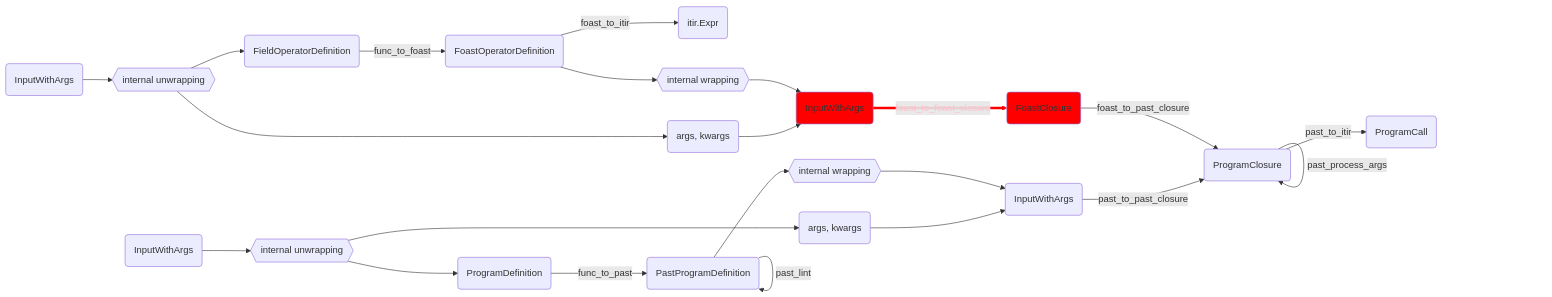
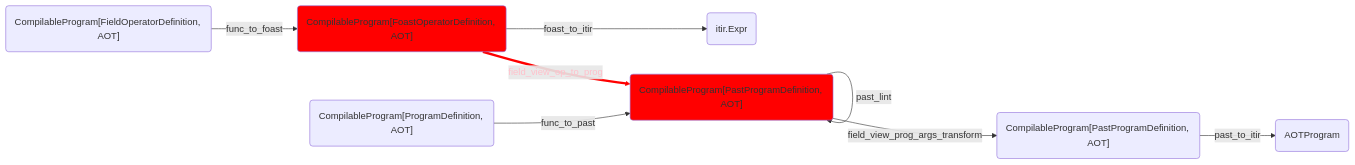
The fourth of 10 diagrams in docs/user/next/advanced/ToolchainWalkthrough.md (GridTools/gt4py), drawn with Mermaid before and after one commit. The commit also changed other lines of this file and 48 other files, not shown here.

````diff
--- a/docs/user/next/advanced/ToolchainWalkthrough.md
+++ b/docs/user/next/advanced/ToolchainWalkthrough.md
@@ -181,30 +117,16 @@
 ```mermaid
 graph LR
 
-fdef(FieldOperatorDefinition) -->|func_to_foast| foast(FoastOperatorDefinition)
+fdef("CompilableProgram[FieldOperatorDefinition, AOT]") -->|func_to_foast| foast("CompilableProgram[FoastOperatorDefinition, AOT]")
 foast -->|foast_to_itir| itir_expr(itir.Expr)
-foasta -->|foast_to_foast_closure| fclos(FoastClosure)
-fclos -->|foast_to_past_closure| pclos(PastClosure)
-pclos -->|past_process_args| pclos
-pclos -->|past_to_itir| pcall(ProgramCall)
+foast -->|field_view_op_to_prog| past("CompilableProgram[PastProgramDefinition, AOT]")
+past -->|past_lint| past
+past -->|field_view_prog_args_transform| tapast("CompilableProgram[PastProgramDefinition, AOT]")
+tapast -->|past_to_itir| pcall(AOTProgram)
 
-pdef(ProgramDefinition) -->|func_to_past| past(PastProgramDefinition)
-past -->|past_lint| past
-pasta -->|past_to_past_closure| pclos(ProgramClosure)
+pdef("CompilableProgram[ProgramDefinition, AOT]") -->|func_to_past| past("CompilableProgram[PastProgramDefinition, AOT]")
 
-fdefa(InputWithArgs) --> fuwr{{"internal unwrapping"}} --> fdef
-fuwr --> fargs(args, kwargs)
-
-foast --> fiwr{{"internal wrapping"}} --> foasta(InputWithArgs)
-fargs --> foasta
-
-pdefa(InputWithArgs) --> puwr{{"internal unwrapping"}} --> pdef
-puwr --> pargs(args, kwargs)
-
-past --> piwr{{"internal wrapping"}} --> pasta(InputWithArgs)
-pargs --> pasta
-
-style foasta fill:red
-style fclos fill:red
+style foast fill:red
+style past fill:red
 linkStyle 2 stroke:red,stroke-width:4px,color:pink
 ```
````
